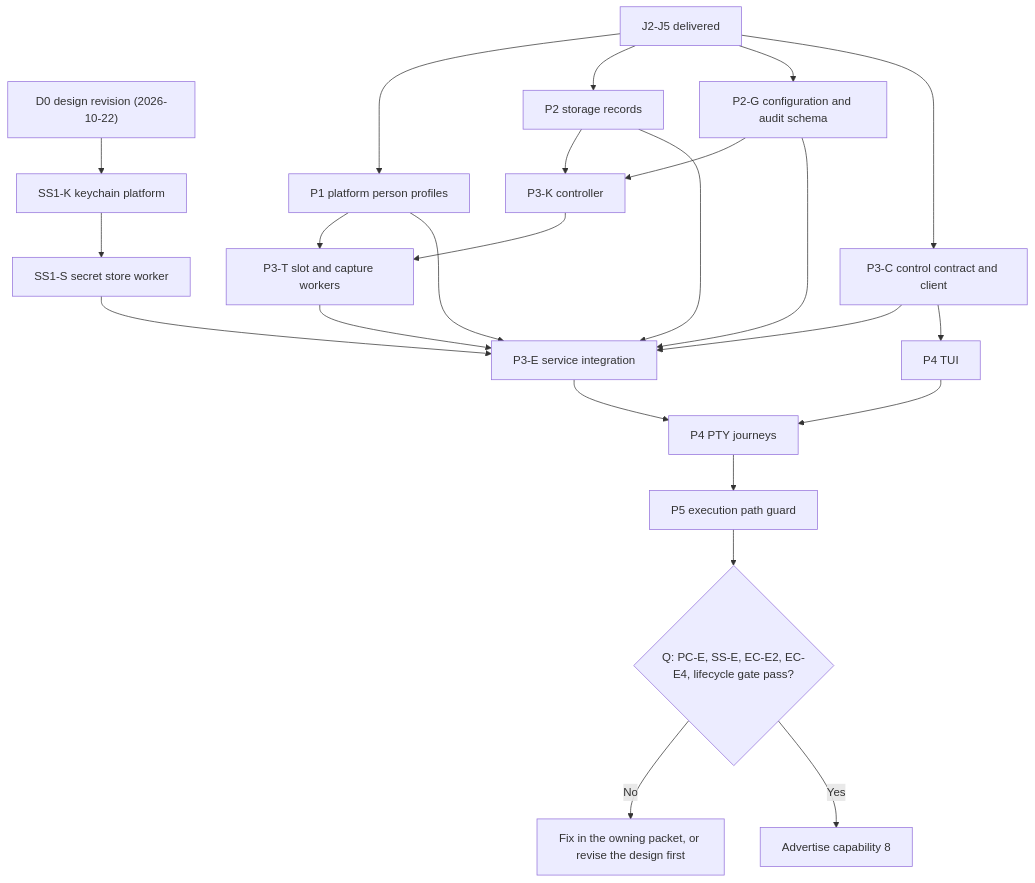
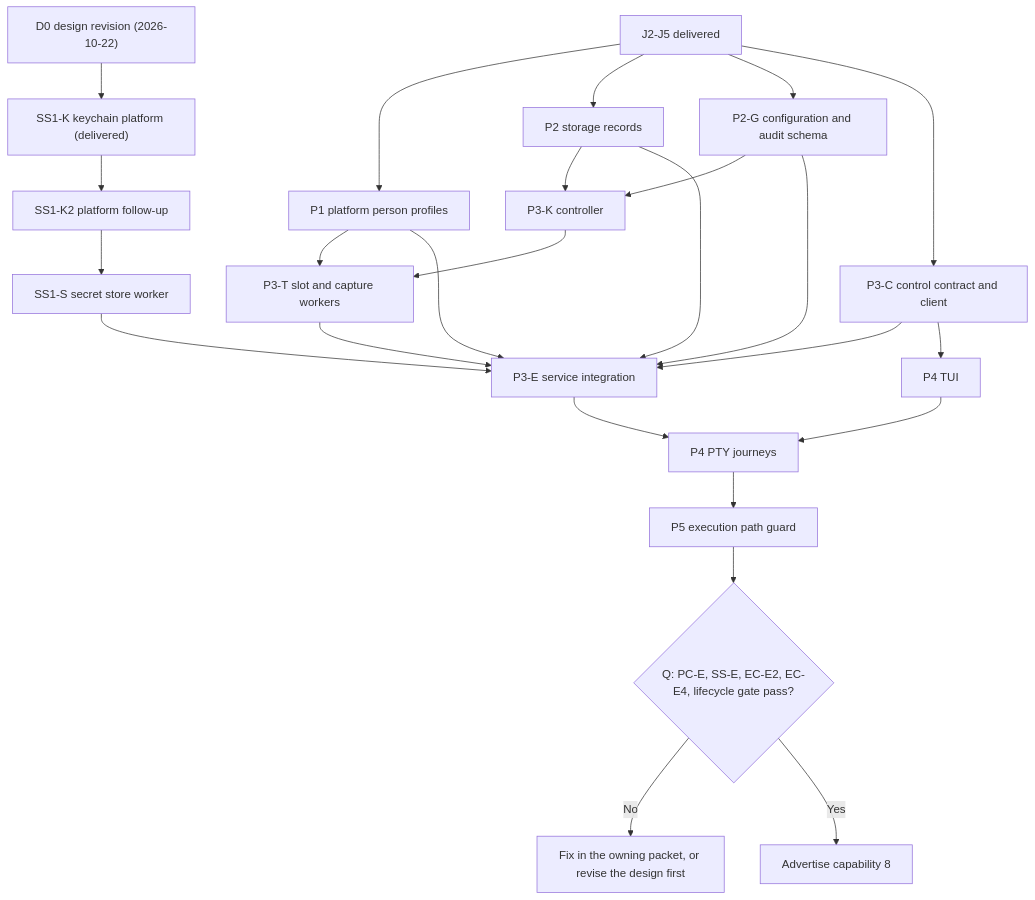
Before and after one commit to pidster/asura: the tenth of 10 diagrams in docs/designs/person-command-mode.md, drawn with Mermaid. The commit also changed other lines of this file and 3 other files, not shown here.

First line of the commit message:
Settle the secret store worker gaps from the Keychain probes

````diff
--- a/docs/designs/person-command-mode.md
+++ b/docs/designs/person-command-mode.md
@@ -2033,26 +2034,27 @@
 ```mermaid
 flowchart TD
-    D0["D0 design revision (2026-10-22)"] --> SSK["SS1-K keychain platform"]
-    SSK --> SSS["SS1-S secret store worker"]
+    D0["D0 design revision (2026-10-22)"] --> SSK["SS1-K keychain platform (delivered)"]
+    SSK --> SSK2["SS1-K2 platform follow-up"]
+    SSK2 --> SSS["SS1-S secret store worker"]
     J5["J2-J5 delivered"] --> P1["P1 platform person profiles"]
     J5 --> P2["P2 storage records"]
     J5 --> P2G["P2-G configuration and audit schema"]
     J5 --> P3C["P3-C control contract and client"]
     P2 --> P3K["P3-K controller"]
     P2G --> P3K
     P1 --> P3T["P3-T slot and capture workers"]
     P3K --> P3T
     SSS --> P3E["P3-E service integration"]
     P1 --> P3E
     P2 --> P3E
     P2G --> P3E
     P3C --> P3E
     P3T --> P3E
     P3C --> P4["P4 TUI"]
     P3E --> P4E["P4 PTY journeys"]
     P4 --> P4E
     P4E --> P5["P5 execution path guard"]
     P5 --> Q{"Q: PC-E, SS-E, EC-E2, EC-E4, lifecycle gate pass?"}
     Q -->|No| Fix["Fix in the owning packet, or revise the design first"]
     Q -->|Yes| Cap["Advertise capability 8"]
 ```
````
